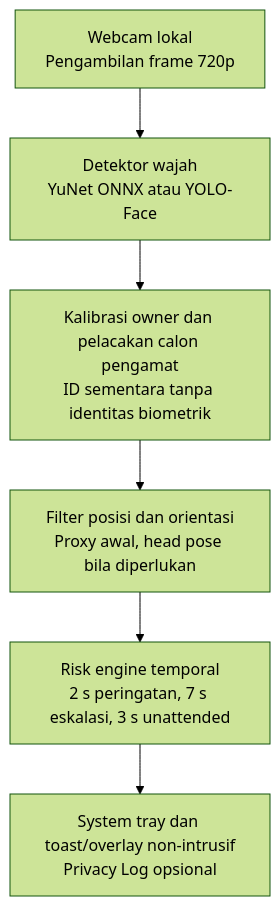
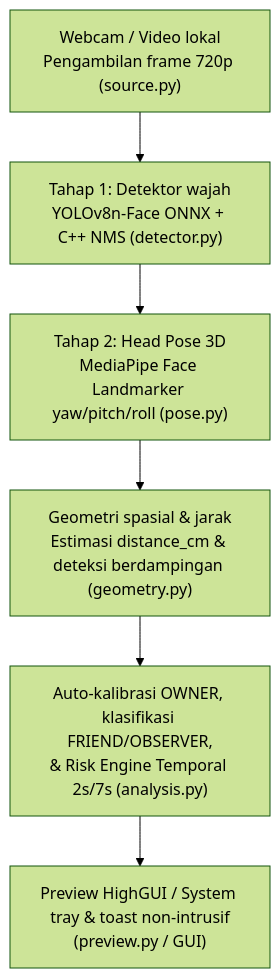
One commit to Yuseonr/No-Peek changed the first of 2 diagrams in docs/No-Peek.md. Above: the diagram before and after it, drawn with Mermaid (forest theme). The commit also changed other lines of this file and 11 other files, not shown here.

Commit message:
feat(cv): implement MediaPipe 3D head pose, distance estimation, auto-calibration, FRIEND role, and update docs

````diff
--- a/docs/No-Peek.md
+++ b/docs/No-Peek.md
@@ -77,10 +77,10 @@
 ```mermaid
 flowchart TD
-    A["Webcam lokal<br/>Pengambilan frame 720p"]
-    B["Detektor wajah<br/>YuNet ONNX atau YOLO-Face"]
-    C["Kalibrasi owner dan pelacakan calon pengamat<br/>ID sementara tanpa identitas biometrik"]
-    D["Filter posisi dan orientasi<br/>Proxy awal, head pose bila diperlukan"]
-    E["Risk engine temporal<br/>2 s peringatan, 7 s eskalasi, 3 s unattended"]
-    F["System tray dan toast/overlay non-intrusif<br/>Privacy Log opsional"]
+    A["Webcam / Video lokal<br/>Pengambilan frame 720p (source.py)"]
+    B["Tahap 1: Detektor wajah<br/>YOLOv8n-Face ONNX + C++ NMS (detector.py)"]
+    C["Tahap 2: Head Pose 3D<br/>MediaPipe Face Landmarker yaw/pitch/roll (pose.py)"]
+    D["Geometri spasial & jarak<br/>Estimasi distance_cm & deteksi berdampingan (geometry.py)"]
+    E["Auto-kalibrasi OWNER, klasifikasi FRIEND/OBSERVER,<br/>& Risk Engine Temporal 2s/7s (analysis.py)"]
+    F["Preview HighGUI / System tray & toast non-intrusif<br/>(preview.py / GUI)"]
     A --> B --> C --> D --> E --> F
 ```
````
